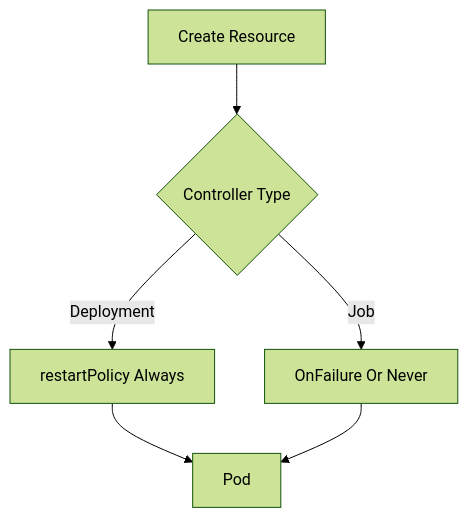
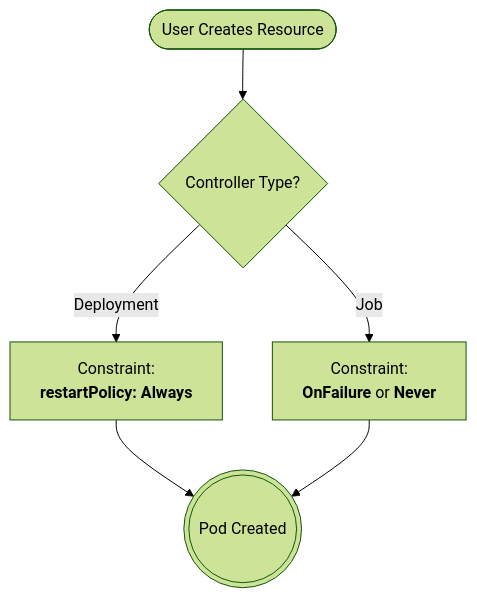
The second of 2 diagrams in 02-pods-fundamentals/2.5_pod-restart-policy.md (Aravind-devops-1/devops_ganesh), drawn with Mermaid (forest theme) before and after one commit.

Commit message:
Enhance controller interaction diagram for restart policies
Updated the controller interaction diagram to clarify restart policies for different controller types.

````diff
--- a/02-pods-fundamentals/2.5_pod-restart-policy.md
+++ b/02-pods-fundamentals/2.5_pod-restart-policy.md
@@ -167,8 +167,21 @@
 ```mermaid
 flowchart TD
-User[Create Resource]-->Controller{Controller Type}
-Controller--Deployment-->ForceAlways[restartPolicy Always]
-Controller--Job-->FinitePolicy[OnFailure Or Never]
-ForceAlways-->Pod
-FinitePolicy-->Pod
+    %% Main Flow
+    User([User Creates Resource]) --> Controller{Controller Type?}
+
+    %% Path 1: Long Running Services
+    Controller -- "Deployment" --> ForceAlways[Constraint: <br/><b>restartPolicy: Always</b>]
+
+    %% Path 2: Batch/Finite Workloads
+    Controller -- "Job" --> FinitePolicy[Constraint: <br/><b>OnFailure</b> or <b>Never</b>]
+
+    %% Convergence
+    ForceAlways --> Pod(((Pod Created)))
+    FinitePolicy --> Pod
+
+    class User plain
+    class Controller plain
+    class ForceAlways service
+    class FinitePolicy batch
+    class Pod final
 ```
````
